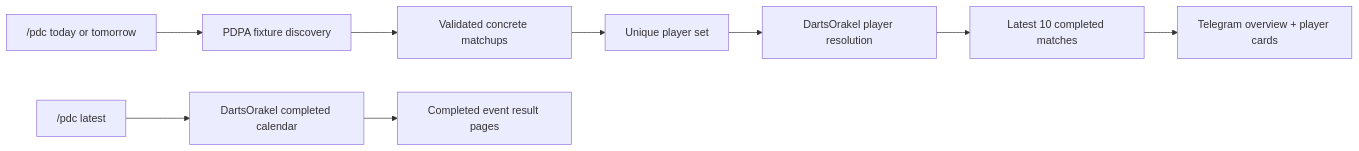
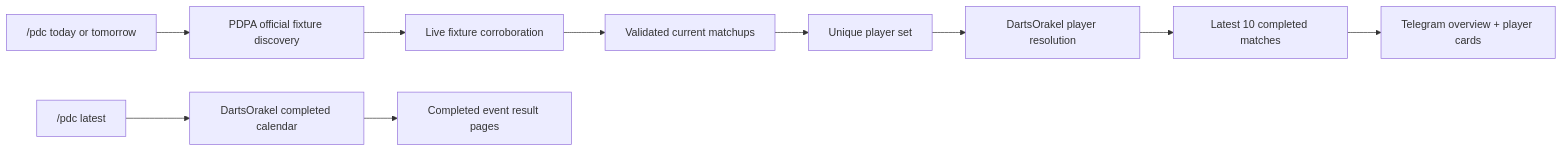
Before and after one commit to vse1999/dartsscraper: the diagram in docs/PDC_UPCOMING_ARCHITECTURE.md, drawn with Mermaid. The commit also changed other lines of this file and 9 other files, not shown here.

Commit message:
Corroborate PDC fixtures with live schedule

````diff
--- a/docs/PDC_UPCOMING_ARCHITECTURE.md
+++ b/docs/PDC_UPCOMING_ARCHITECTURE.md
@@ -15,12 +15,13 @@
 ```mermaid
 flowchart LR
-    T["/pdc today or tomorrow"] --> D["PDPA fixture discovery"]
-    D --> F["Validated concrete matchups"]
+    T["/pdc today or tomorrow"] --> D["PDPA official fixture discovery"]
+    D --> V["Live fixture corroboration"]
+    V --> F["Validated current matchups"]
     F --> U["Unique player set"]
     U --> R["DartsOrakel player resolution"]
     R --> H["Latest 10 completed matches"]
     H --> M["Telegram overview + player cards"]
 
     L["/pdc latest"] --> C["DartsOrakel completed calendar"]
     C --> E["Completed event result pages"]
 ```
````
